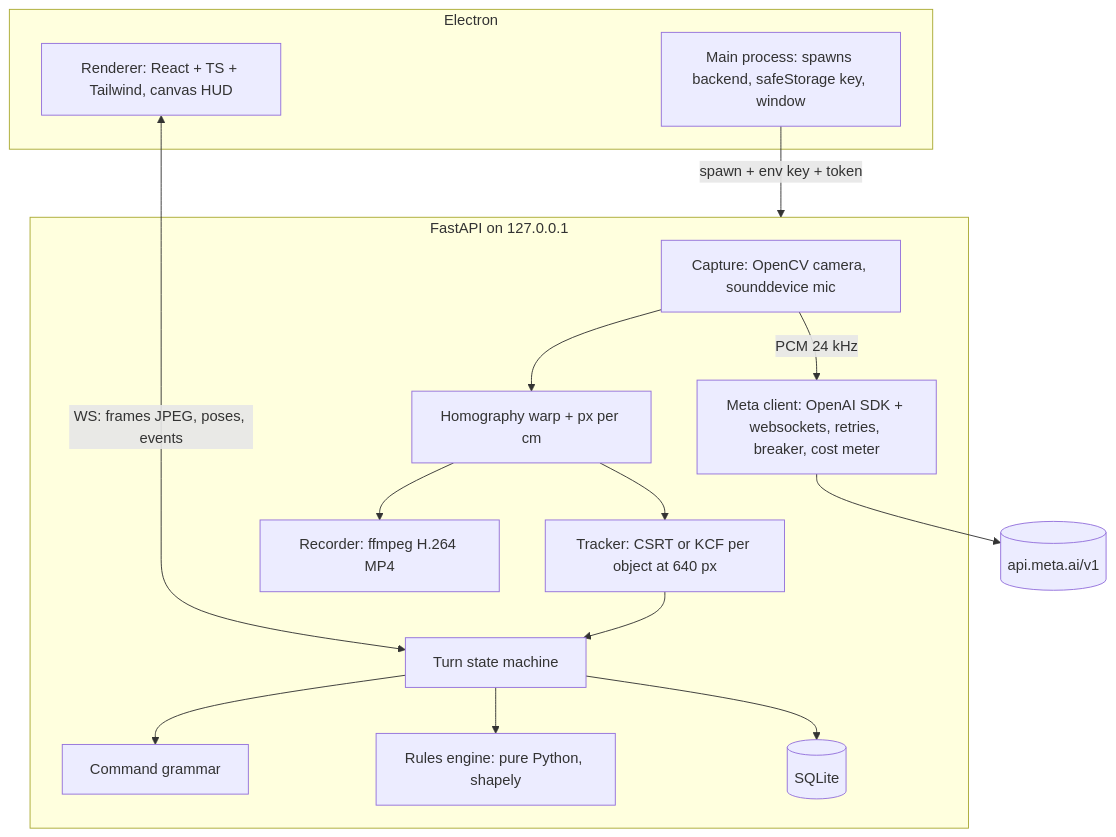
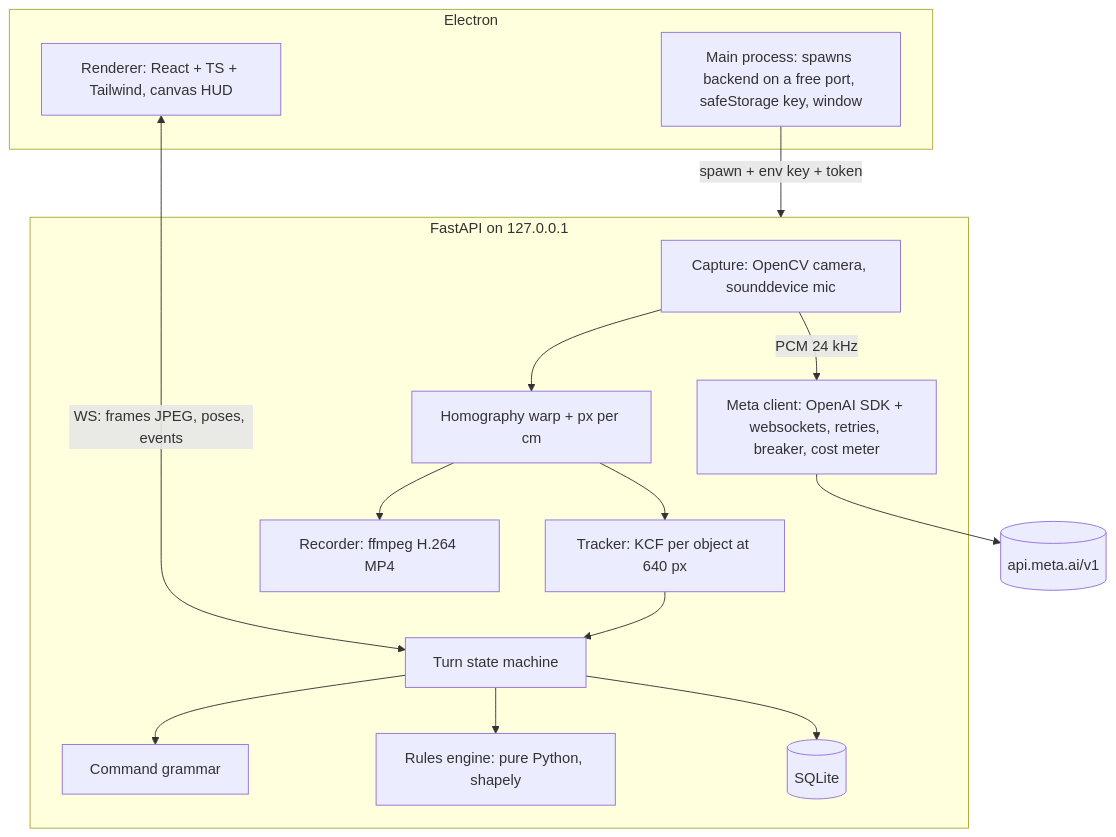
One commit to EHIBE/DeskTop-Hanggang-Umaga changed the diagram in docs/architecture/overview.md. Above: the diagram before and after it, drawn with Mermaid. The commit also changed other lines of this file and 53 other files, not shown here.

Commit message:
docs: Fix drift across architecture, design, delivery and decision docs

````diff
--- a/docs/architecture/overview.md
+++ b/docs/architecture/overview.md
@@ -29,27 +30,27 @@
 ```mermaid
 flowchart TB
   subgraph Electron
-    MAIN[Main process: spawns backend, safeStorage key, window]
+    MAIN[Main process: spawns backend on a free port, safeStorage key, window]
     REN[Renderer: React + TS + Tailwind, canvas HUD]
   end
   subgraph Backend [FastAPI on 127.0.0.1]
     CAP[Capture: OpenCV camera, sounddevice mic]
     WARP[Homography warp + px per cm]
-    TRK[Tracker: CSRT or KCF per object at 640 px]
+    TRK[Tracker: KCF per object at 640 px]
     REC[Recorder: ffmpeg H.264 MP4]
     PARSE[Command grammar]
     RULES[Rules engine: pure Python, shapely]
     SM[Turn state machine]
     CLIENT[Meta client: OpenAI SDK + websockets, retries, breaker, cost meter]
     DB[(SQLite)]
   end
   MAIN -- spawn + env key + token --> Backend
   REN <-- WS: frames JPEG, poses, events --> SM
   CAP --> WARP --> TRK --> SM
   WARP --> REC
   CAP -- PCM 24 kHz --> CLIENT
   SM --> RULES
   SM --> PARSE
   SM --> DB
   CLIENT --> META[(api.meta.ai/v1)]
 ```
````
